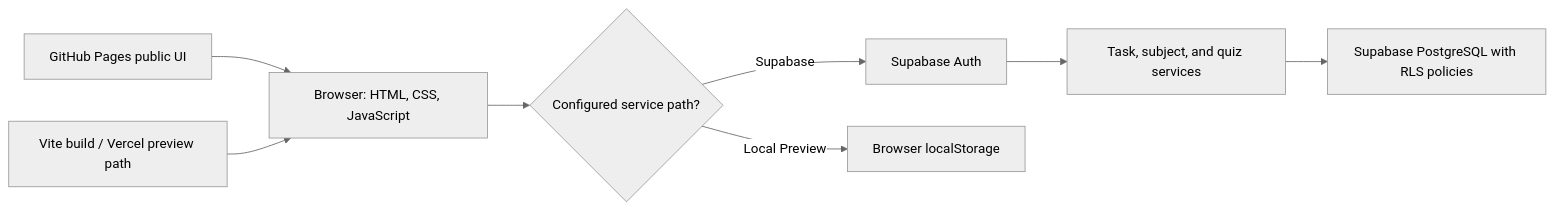
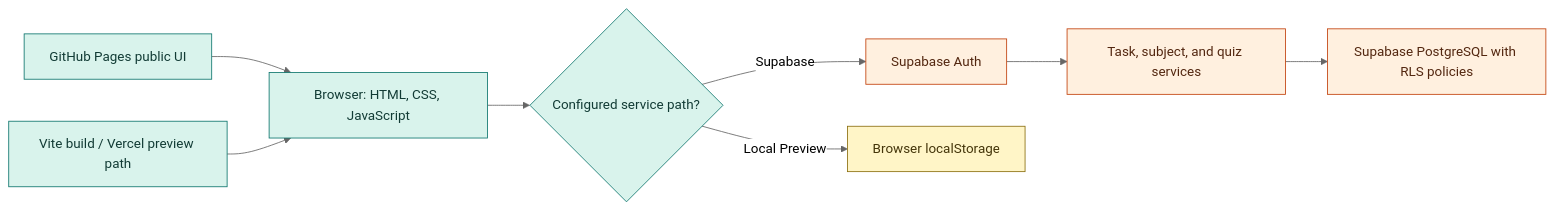
One commit to CapstoneDesign-Fall2026-UlsanCollege/Team-5-Capstone-Design changed the second of 2 diagrams in README.md. Above: the diagram before and after it, drawn with Mermaid (neutral theme). The commit also changed other lines of this file, not shown here.

````diff
--- a/README.md
+++ b/README.md
@@ -45,10 +57,16 @@
 ```mermaid
 flowchart LR
     H[GitHub Pages public UI] --> B[Browser: HTML, CSS, JavaScript]
     V[Vite build / Vercel preview path] --> B
     B --> S{Configured service path?}
     S -->|Supabase| A[Supabase Auth]
     S -->|Local Preview| L[Browser localStorage]
     A --> T[Task, subject, and quiz services]
     T --> D[Supabase PostgreSQL with RLS policies]
+    classDef interface fill:#D9F3EC,stroke:#0F766E,color:#123B35
+    classDef cloud fill:#FFF0DF,stroke:#C2410C,color:#532710
+    classDef local fill:#FFF5C7,stroke:#8B6F10,color:#44350A
+    class H,V,B,S interface
+    class A,T,D cloud
+    class L local
 ```
````
